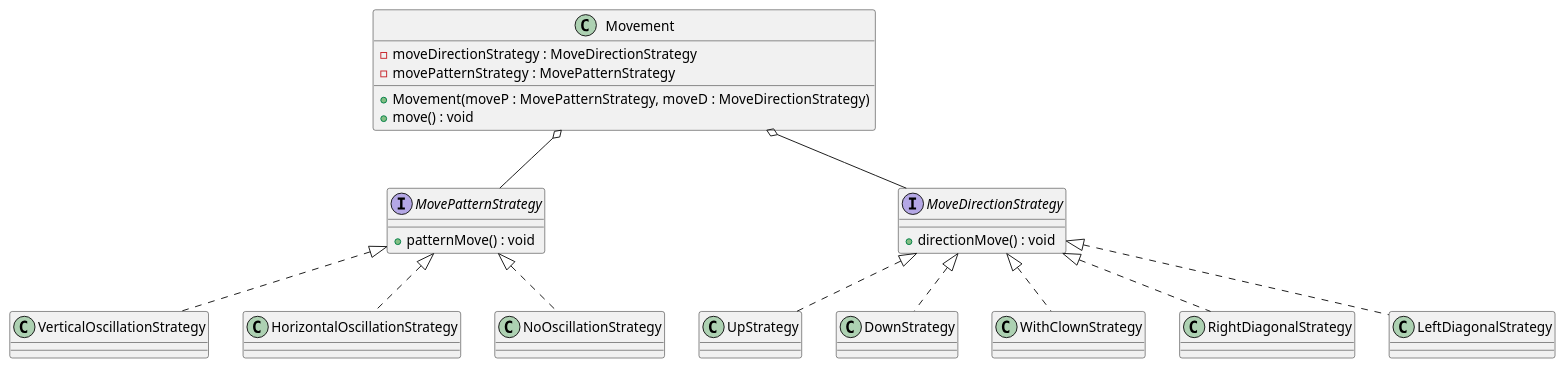
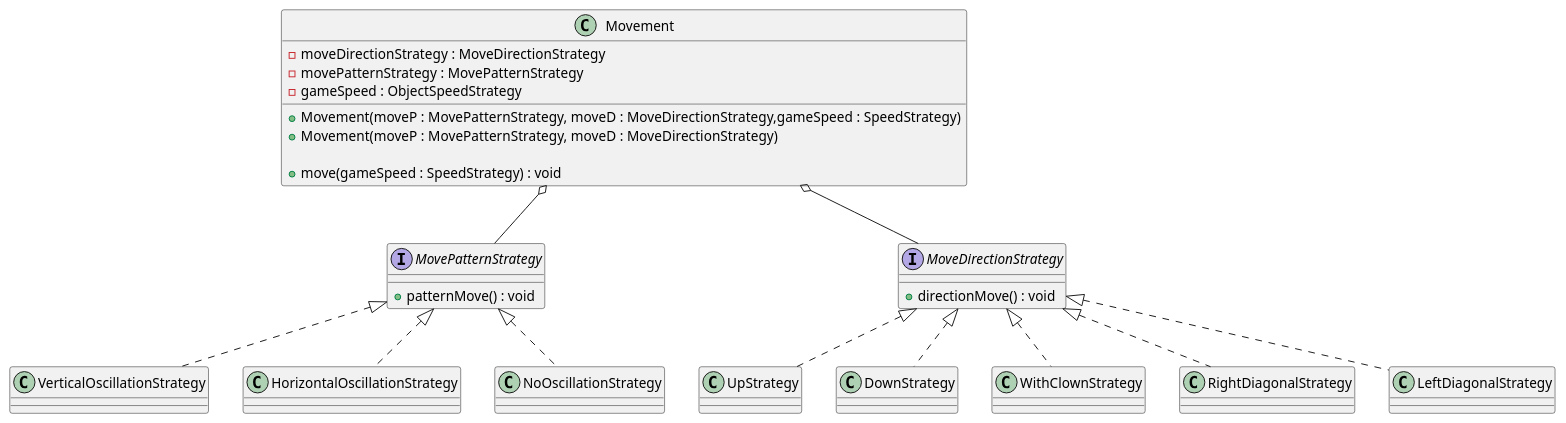
One commit to shadyalattarr/Circus-of-Plates changed the diagram in MovementStrategy.wsd. Above: the diagram before and after it, drawn with PlantUML. The commit also changed 1 other file, not shown here.

Commit message:
StageStrategy + Connected it with movement?

```diff
--- a/MovementStrategy.wsd
+++ b/MovementStrategy.wsd
@@ -1,67 +1,71 @@
-@startuml
+@startuml MovementStrategy
 
 class Movement{
     -moveDirectionStrategy : MoveDirectionStrategy
     -movePatternStrategy : MovePatternStrategy
-    +Movement(moveP : MovePatternStrategy, moveD : MoveDirectionStrategy)
-    +move() : void
+    -gameSpeed : ObjectSpeedStrategy
+    +Movement(moveP : MovePatternStrategy, moveD : MoveDirectionStrategy,gameSpeed : SpeedStrategy)
+    +Movement(moveP : MovePatternStrategy, moveD : MoveDirectionStrategy) 
+    /'second constructor to make a movement without speed aka difault speed?'/
+
+    +move(gameSpeed : SpeedStrategy) : void
 }
 
 
 interface MovePatternStrategy { 
     +patternMove() : void
 }
 
 class VerticalOscillationStrategy { 
 
 }
 
 class HorizontalOscillationStrategy { 
     
 }
 
 class NoOscillationStrategy { 
     
 }
 
 interface MoveDirectionStrategy{
     +directionMove() : void
 }
 
 class UpStrategy{
 
 }
 
 class DownStrategy{
 
 }
 
 class WithClownStrategy{
 
 }
 
 class RightDiagonalStrategy {
 
 }
 
 class LeftDiagonalStrategy {
 
 }
 
 Movement o-- MoveDirectionStrategy
 Movement o-- MovePatternStrategy
 
 
 
 MoveDirectionStrategy <|.. UpStrategy 
 MoveDirectionStrategy <|.. DownStrategy 
 MoveDirectionStrategy <|.. WithClownStrategy 
 MoveDirectionStrategy <|.. RightDiagonalStrategy 
 MoveDirectionStrategy <|.. LeftDiagonalStrategy 
 
 
 MovePatternStrategy <|.. NoOscillationStrategy
 MovePatternStrategy <|.. VerticalOscillationStrategy
 MovePatternStrategy <|.. HorizontalOscillationStrategy
 
 @enduml
```
